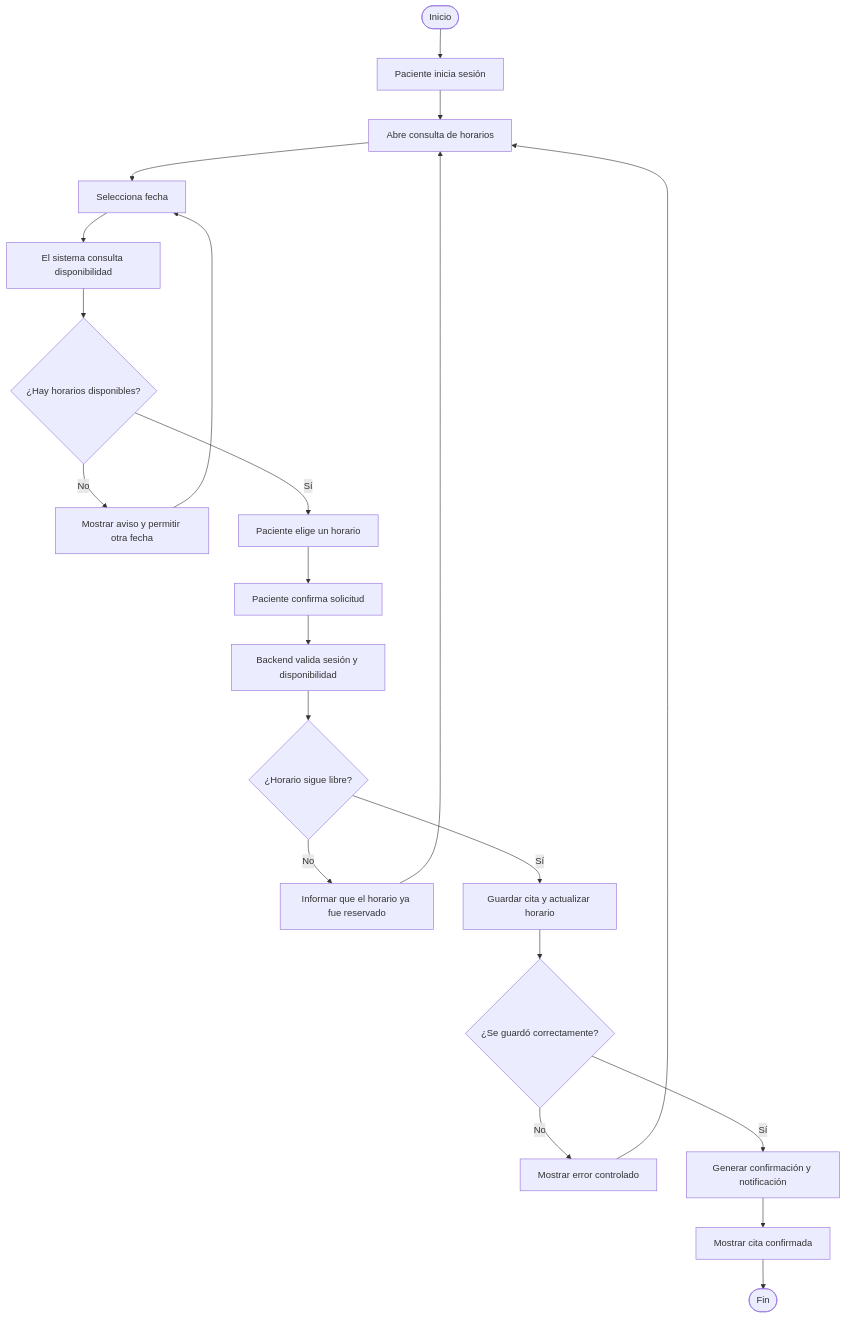
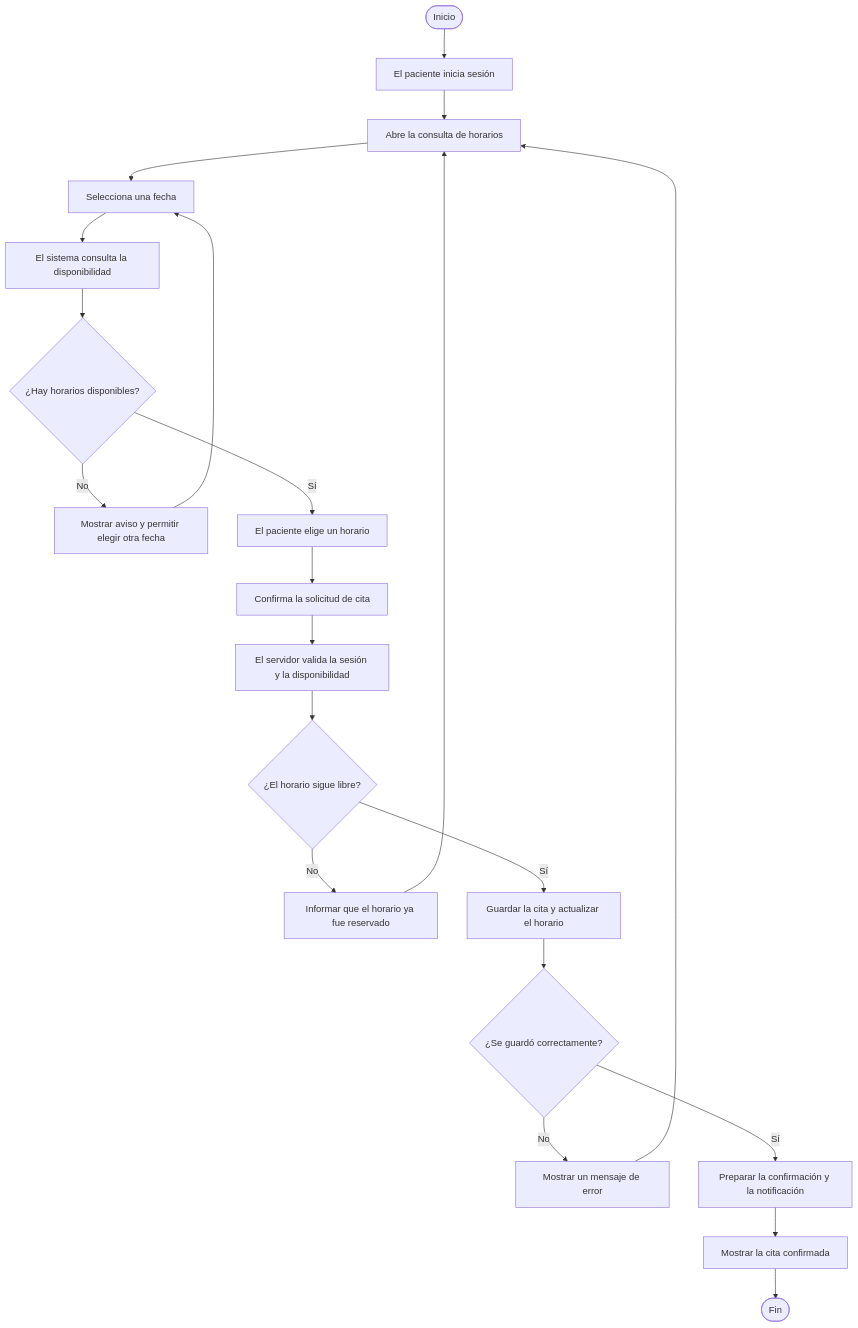
The fourth of 5 diagrams in docs/uml/DIAGRAMAS.md (AlanRGG/sistema-citas-medicas), drawn with Mermaid before and after one commit. The commit also changed other lines of this file, not shown here.

Commit message:
docs: traducir página de diagramas al español

````diff
--- a/docs/uml/DIAGRAMAS.md
+++ b/docs/uml/DIAGRAMAS.md
@@ -124,23 +133,23 @@
 ```mermaid
 flowchart TD
-    A([Inicio]) --> B[Paciente inicia sesión]
-    B --> C[Abre consulta de horarios]
-    C --> D[Selecciona fecha]
-    D --> E[El sistema consulta disponibilidad]
+    A([Inicio]) --> B[El paciente inicia sesión]
+    B --> C[Abre la consulta de horarios]
+    C --> D[Selecciona una fecha]
+    D --> E[El sistema consulta la disponibilidad]
     E --> F{¿Hay horarios disponibles?}
-    F -- No --> G[Mostrar aviso y permitir otra fecha]
+    F -- No --> G[Mostrar aviso y permitir elegir otra fecha]
     G --> D
-    F -- Sí --> H[Paciente elige un horario]
-    H --> I[Paciente confirma solicitud]
-    I --> J[Backend valida sesión y disponibilidad]
-    J --> K{¿Horario sigue libre?}
+    F -- Sí --> H[El paciente elige un horario]
+    H --> I[Confirma la solicitud de cita]
+    I --> J[El servidor valida la sesión y la disponibilidad]
+    J --> K{¿El horario sigue libre?}
     K -- No --> L[Informar que el horario ya fue reservado]
     L --> C
-    K -- Sí --> M[Guardar cita y actualizar horario]
+    K -- Sí --> M[Guardar la cita y actualizar el horario]
     M --> N{¿Se guardó correctamente?}
-    N -- No --> O[Mostrar error controlado]
+    N -- No --> O[Mostrar un mensaje de error]
     O --> C
-    N -- Sí --> P[Generar confirmación y notificación]
-    P --> Q[Mostrar cita confirmada]
+    N -- Sí --> P[Preparar la confirmación y la notificación]
+    P --> Q[Mostrar la cita confirmada]
     Q --> R([Fin])
 ```
````
